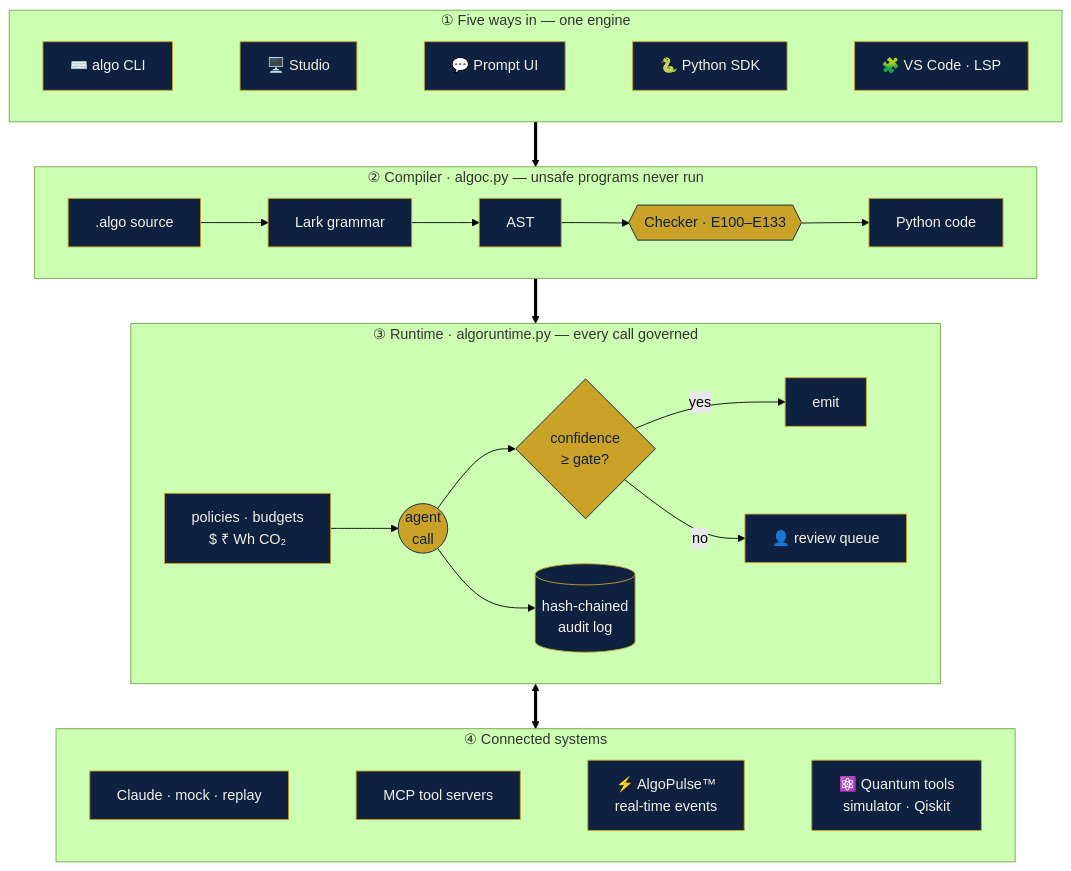
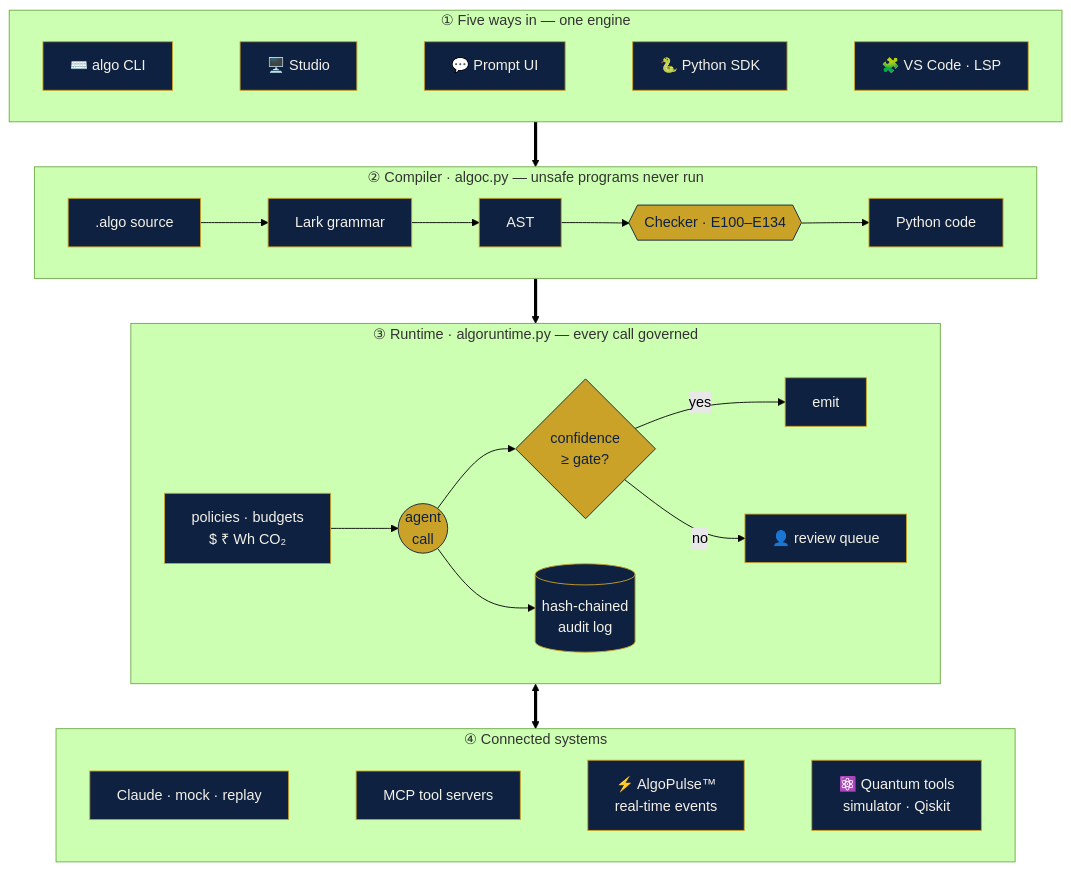
The first of 4 diagrams in README.md (drssnaiml1-cell/algolang), drawn with Mermaid (forest theme) before and after one commit. The commit also changed other lines of this file and 31 other files, not shown here.

````diff
--- a/README.md
+++ b/README.md
@@ -66,28 +66,28 @@
 ```mermaid
 flowchart TB
     subgraph DOORS["① Five ways in — one engine"]
         direction LR
         CLI["⌨️ algo CLI"] ~~~ STU["🖥️ Studio"] ~~~ PUI["💬 Prompt UI"] ~~~ SDK["🐍 Python SDK"] ~~~ LSP["🧩 VS Code · LSP"]
     end
     subgraph COMPILER["② Compiler · algoc.py — unsafe programs never run"]
         direction LR
-        SRC[".algo source"] --> PARSE["Lark grammar"] --> AST["AST"] --> CHK{{"Checker · E100–E133"}} --> GEN["Python code"]
+        SRC[".algo source"] --> PARSE["Lark grammar"] --> AST["AST"] --> CHK{{"Checker · E100–E134"}} --> GEN["Python code"]
     end
     subgraph RUNTIME["③ Runtime · algoruntime.py — every call governed"]
         direction LR
         POL["policies · budgets<br/>$ ₹ Wh CO₂"] --> CALL(("agent<br/>call")) --> GATE{"confidence<br/>≥ gate?"}
         GATE -- yes --> OUT["emit"]
         GATE -- no --> HUM["👤 review queue"]
         CALL --> AUD[("hash-chained<br/>audit log")]
     end
     subgraph WORLD["④ Connected systems"]
         direction LR
         LLM["Claude · mock · replay"] ~~~ MCP["MCP tool servers"] ~~~ KAF["⚡ AlgoPulse™<br/>real-time events"] ~~~ QPU["⚛️ Quantum tools<br/>simulator · Qiskit"]
     end
     DOORS ==> COMPILER ==> RUNTIME <==> WORLD
 
     classDef navy fill:#0e2140,stroke:#c9a227,color:#f4f1e8;
     classDef gold fill:#c9a227,stroke:#0e2140,color:#0e2140;
     class CLI,STU,PUI,SDK,LSP,SRC,PARSE,AST,GEN,POL,OUT,LLM,MCP,KAF,QPU,HUM,AUD navy;
     class CHK,CALL,GATE gold;
 ```
````
